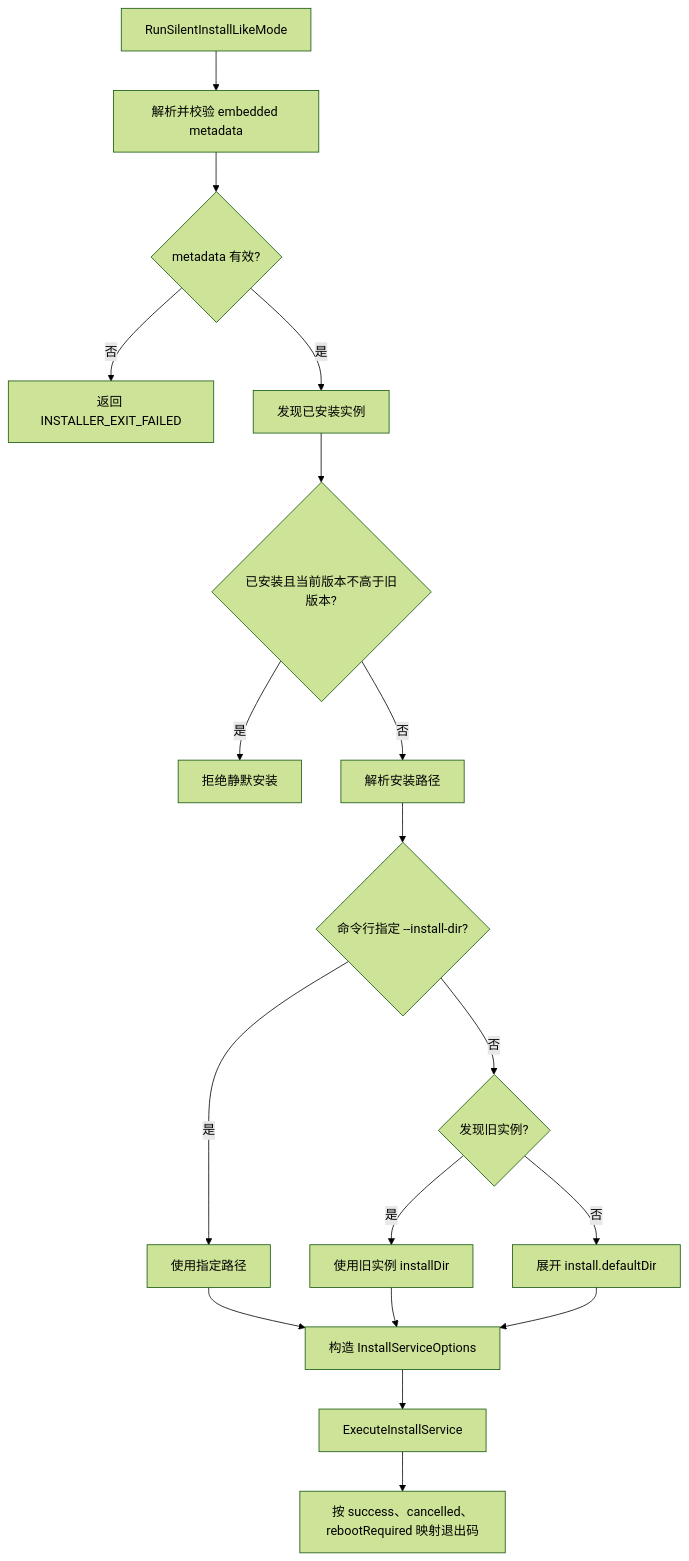
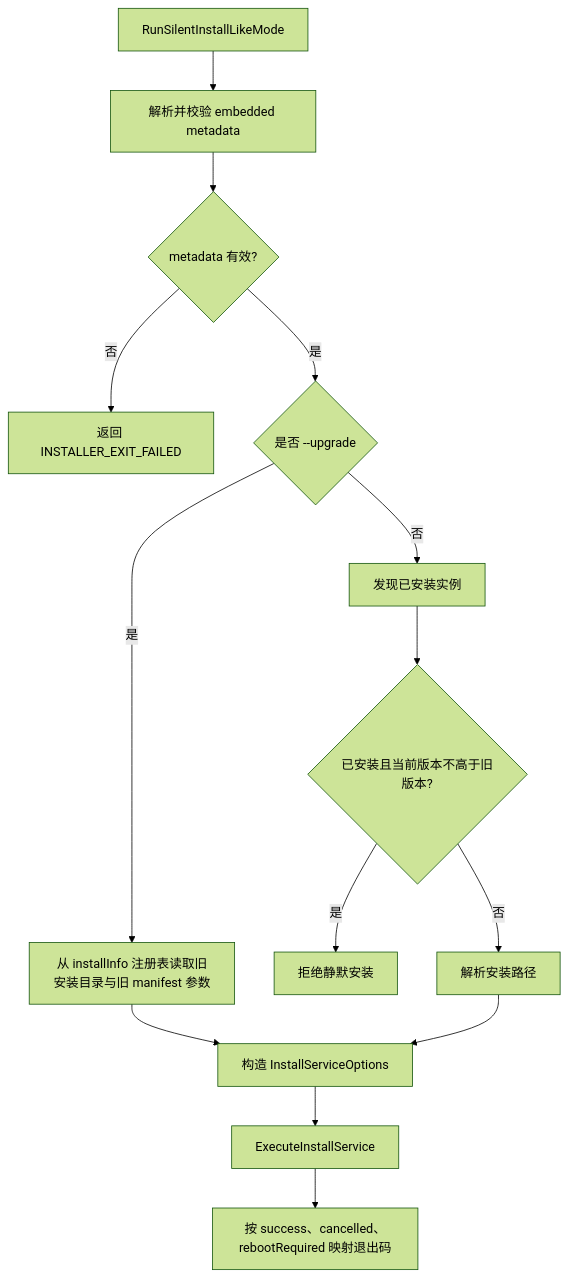
One commit to lu020218/Multi-Threaded_Installer changed the third of 11 diagrams in docs/安装器流程图.md. Above: the diagram before and after it, drawn with Mermaid (forest theme). The commit also changed other lines of this file and 1 other file, not shown here.

Commit message:
更新流程图文档

````diff
--- a/docs/安装器流程图.md
+++ b/docs/安装器流程图.md
@@ -50,20 +59,16 @@
 ```mermaid
 flowchart TD
-    A[RunSilentInstallLikeMode] --> B[解析并校验 embedded metadata]
-    B --> C{metadata 有效?}
-    C -->|否| C1[返回 INSTALLER_EXIT_FAILED]
-    C -->|是| D[发现已安装实例]
-    D --> E{已安装且当前版本不高于旧版本?}
-    E -->|是| E1[拒绝静默安装]
-    E -->|否| F[解析安装路径]
-    F --> G{命令行指定 --install-dir?}
-    G -->|是| H[使用指定路径]
-    G -->|否| I{发现旧实例?}
-    I -->|是| I1[使用旧实例 installDir]
-    I -->|否| I2[展开 install.defaultDir]
-    H --> L[构造 InstallServiceOptions]
-    I1 --> L
-    I2 --> L
-    L --> M[ExecuteInstallService]
-    M --> N[按 success、cancelled、rebootRequired 映射退出码]
+    A["RunSilentInstallLikeMode"] --> B["解析并校验 embedded metadata"]
+    B --> C{"metadata 有效?"}
+    C -->|否| C1["返回 INSTALLER_EXIT_FAILED"]
+    C -->|是| D{"是否 --upgrade"}
+    D -->|是| D1["从 installInfo 注册表读取旧安装目录与旧 manifest 参数"]
+    D -->|否| E["发现已安装实例"]
+    E --> F{"已安装且当前版本不高于旧版本?"}
+    F -->|是| F1["拒绝静默安装"]
+    F -->|否| G["解析安装路径"]
+    D1 --> H["构造 InstallServiceOptions"]
+    G --> H
+    H --> I["ExecuteInstallService"]
+    I --> J["按 success、cancelled、rebootRequired 映射退出码"]
 ```
````
